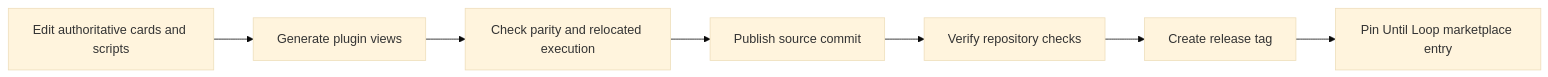
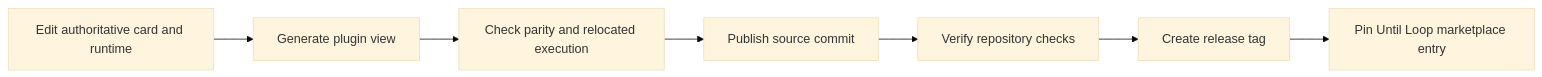
One commit to whichguy/until-loop changed the diagram in docs/PUBLISHING.md. Above: the diagram before and after it, drawn with Mermaid (base theme). The commit also changed other lines of this file and 147 other files, not shown here.

````diff
--- a/docs/PUBLISHING.md
+++ b/docs/PUBLISHING.md
@@ -3,9 +3,9 @@
 ```mermaid
 flowchart LR
-    Source[Edit authoritative cards and scripts] --> Build[Generate plugin views]
+    Source[Edit authoritative card and runtime] --> Build[Generate plugin view]
     Build --> Test[Check parity and relocated execution]
     Test --> Push[Publish source commit]
     Push --> CI[Verify repository checks]
     CI --> Tag[Create release tag]
     Tag --> Catalog[Pin Until Loop marketplace entry]
 ```
````
